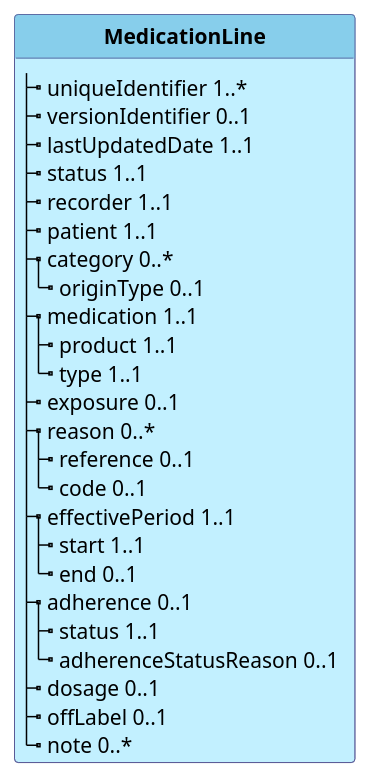
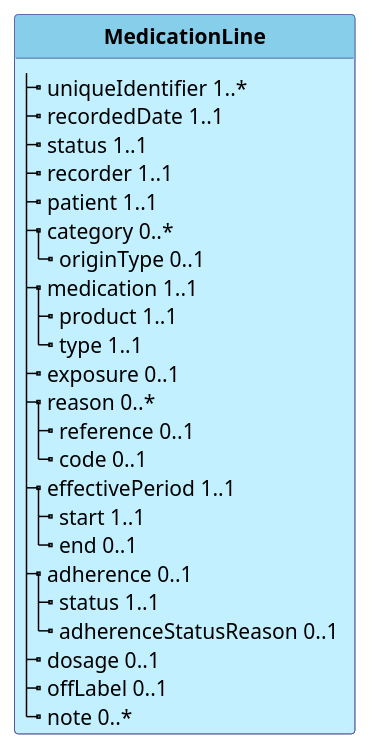
One commit to hl7-be/medication changed the diagram in input/images-source/BeModelMedicationLine.plantuml. Above: the diagram before and after it, drawn with PlantUML. The commit also changed 2 other files, not shown here.

Commit message:
update diagrams

```diff
--- a/input/images-source/BeModelMedicationLine.plantuml
+++ b/input/images-source/BeModelMedicationLine.plantuml
@@ -1,38 +1,37 @@
 @startuml
 skinparam linetype polyline
 hide circle
 hide stereotype
 
 skinparam class {
  BorderColor #505090
  BackgroundColor APPLICATION
  HeaderBackgroundColor SkyBlue
 }
 
 class "**MedicationLine**" as MedicationLine {
   |_ uniqueIdentifier 1..*   
-  |_ versionIdentifier 0..1   
-  |_ lastUpdatedDate 1..1   
+  |_ recordedDate 1..1   
   |_ status 1..1   
   |_ recorder 1..1   
   |_ patient 1..1   
   |_ category 0..*   
     |_ originType 0..1   
   |_ medication 1..1   
     |_ product 1..1   
     |_ type 1..1   
   |_ exposure 0..1   
   |_ reason 0..*   
     |_ reference 0..1   
     |_ code 0..1   
   |_ effectivePeriod 1..1   
     |_ start 1..1   
     |_ end 0..1   
   |_ adherence 0..1   
     |_ status 1..1   
     |_ adherenceStatusReason 0..1   
   |_ dosage 0..1   
   |_ offLabel 0..1   
   |_ note 0..*   
 }
 @enduml
```
